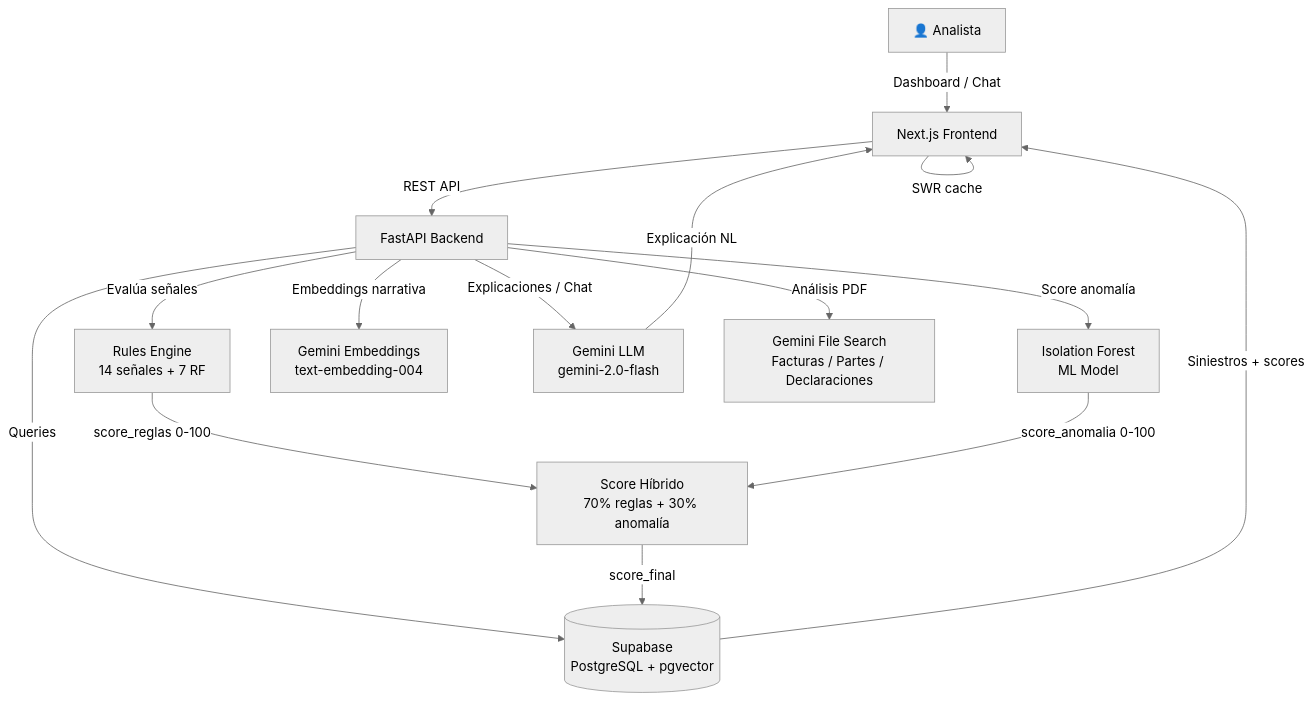
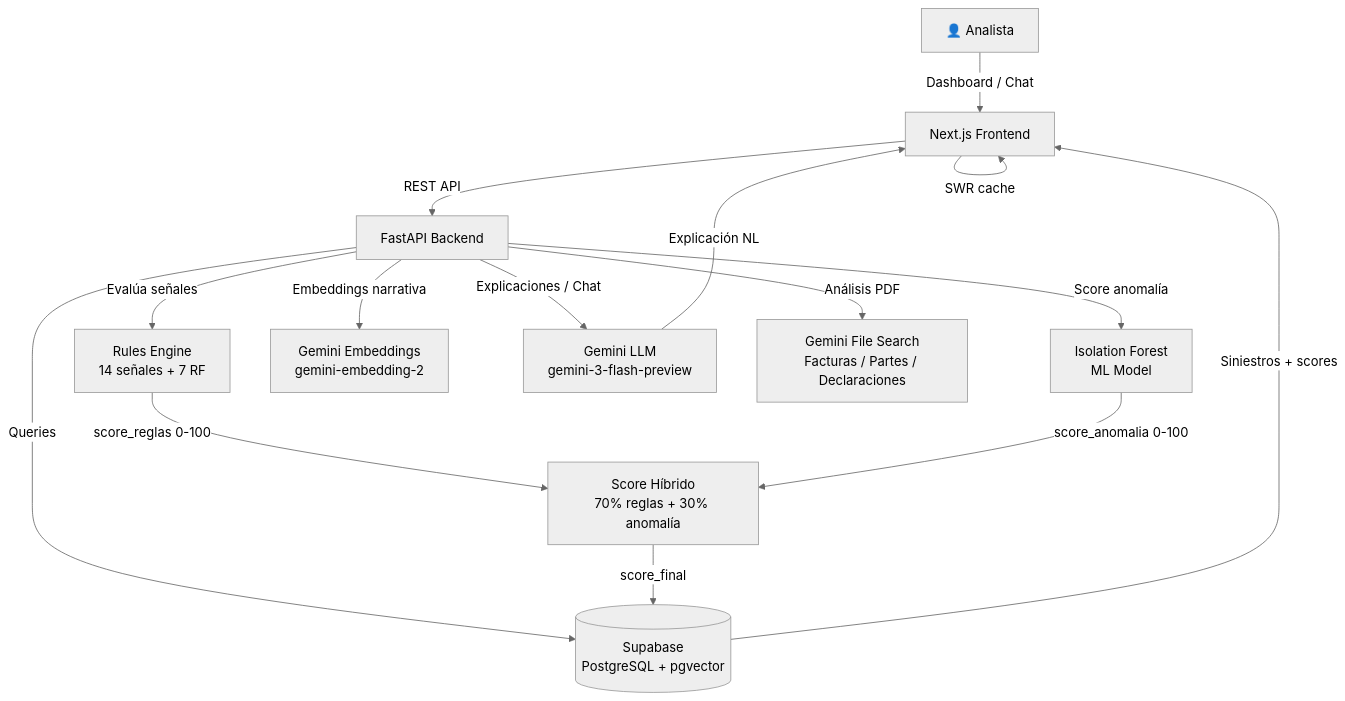
One commit to castro-bot/fraudy changed the diagram in README.md. Above: the diagram before and after it, drawn with Mermaid (neutral theme). The commit also changed other lines of this file and 5 other files, not shown here.

````diff
--- a/README.md
+++ b/README.md
@@ -81,20 +81,20 @@
 ```mermaid
 flowchart TD
     U[👤 Analista] -->|Dashboard / Chat| FE[Next.js Frontend]
     FE -->|REST API| BE[FastAPI Backend]
     FE -->|SWR cache| FE
 
     BE -->|Queries| DB[(Supabase\nPostgreSQL + pgvector)]
     BE -->|Evalúa señales| RU[Rules Engine\n14 señales + 7 RF]
     BE -->|Score anomalía| ML[Isolation Forest\nML Model]
-    BE -->|Embeddings narrativa| EMB[Gemini Embeddings\ntext-embedding-004]
-    BE -->|Explicaciones / Chat| LLM[Gemini LLM\ngemini-2.0-flash]
+    BE -->|Embeddings narrativa| EMB[Gemini Embeddings\ngemini-embedding-2]
+    BE -->|Explicaciones / Chat| LLM[Gemini LLM\ngemini-3-flash-preview]
     BE -->|Análisis PDF| PDF[Gemini File Search\nFacturas / Partes / Declaraciones]
 
     RU -->|score_reglas 0-100| BLEND[Score Híbrido\n70% reglas + 30% anomalía]
     ML -->|score_anomalia 0-100| BLEND
     BLEND -->|score_final| DB
 
     DB -->|Siniestros + scores| FE
     LLM -->|Explicación NL| FE
 ```
````
